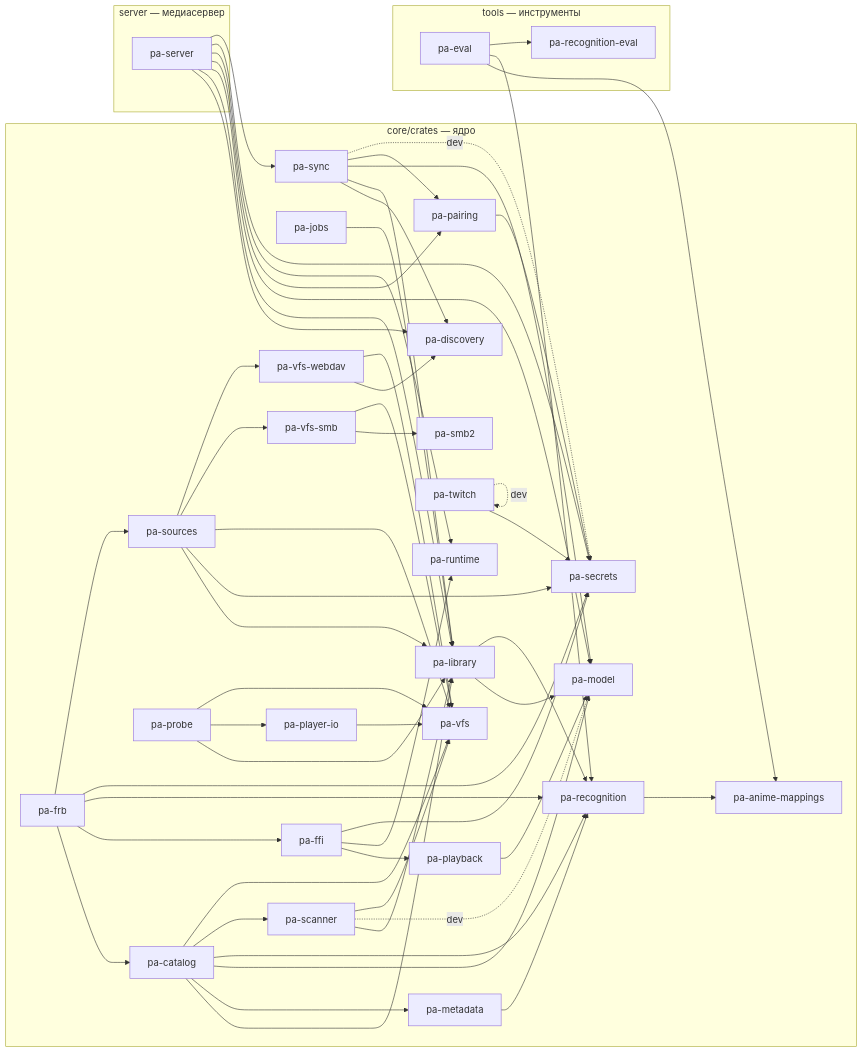
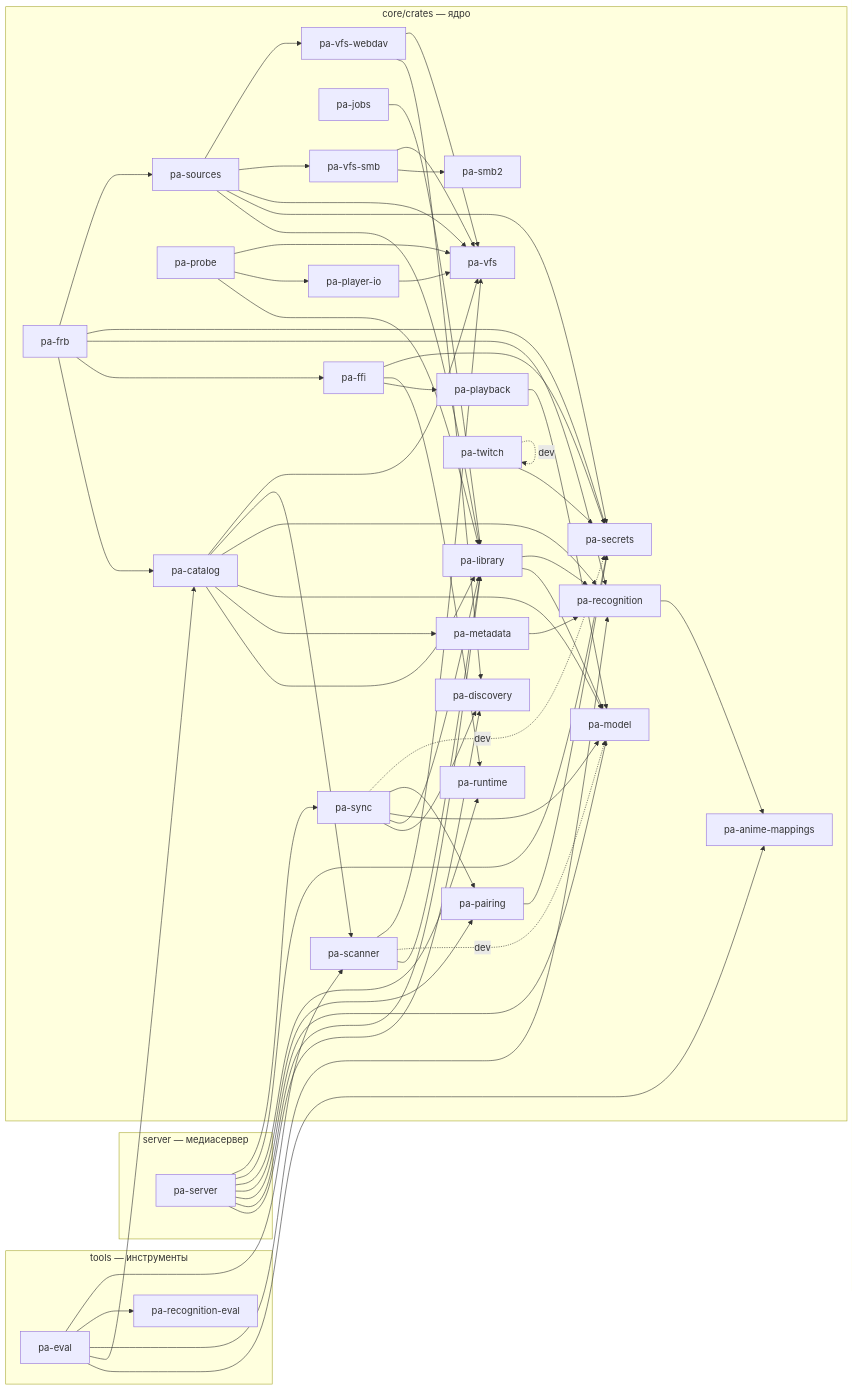
Before and after one commit to DenisHumen/project_alpha: the diagram in docs/dev/crate-graph.md, drawn with Mermaid. The commit also changed 1 other file, not shown here.

Commit message:
Merge main; assign ADR numbers

```diff
--- a/docs/dev/crate-graph.md
+++ b/docs/dev/crate-graph.md
@@ -51,8 +51,10 @@
   pa_catalog --> pa_scanner
   pa_catalog --> pa_vfs
   pa_eval --> pa_anime_mappings
+  pa_eval --> pa_catalog
   pa_eval --> pa_recognition
   pa_eval --> pa_recognition_eval
+  pa_eval --> pa_scanner
   pa_ffi --> pa_playback
   pa_ffi --> pa_runtime
   pa_ffi --> pa_secrets
```
